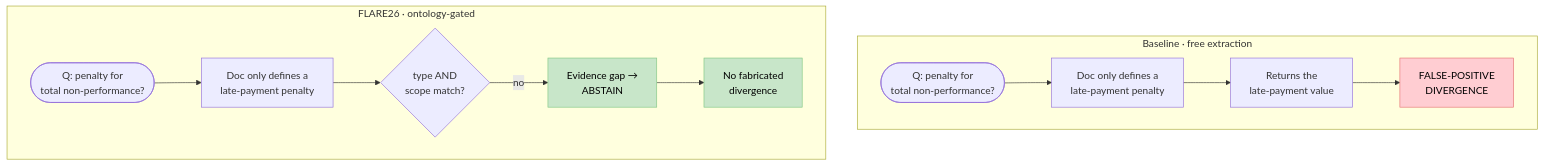
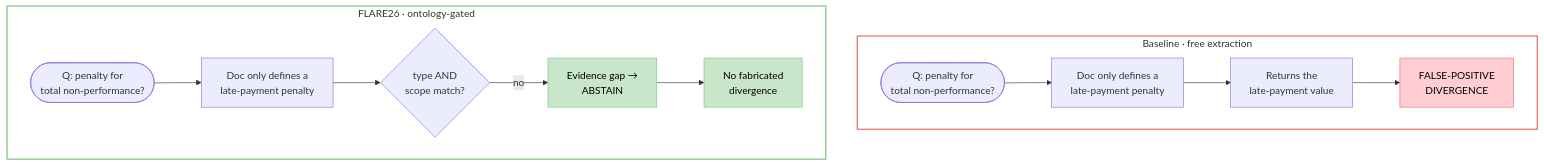
Before and after one commit to marcospaula/FLARE26-P1: the second of 3 diagrams in README.md, drawn with Mermaid.

Commit message:
docs(readme): dark mode do grafo baseline-vs-FLARE (containers transparentes)
Os subgraphs usavam o cinza pesado do tema escuro do Mermaid. Agora
fill:transparent + borda semântica (Baseline=vermelho/alucina, FLARE=verde/
abstém). Some o fundo cinza e reforça o contraste da narrativa.

````diff
--- a/README.md
+++ b/README.md
@@ -103,20 +103,24 @@
 ```mermaid
 flowchart TB
     subgraph BASE["Baseline · free extraction"]
         direction LR
         QB([Q: penalty for<br/>total non-performance?]) --> EB["Doc only defines a<br/>late-payment penalty"]
         EB --> AB["Returns the<br/>late-payment value"]
         AB --> DB["FALSE-POSITIVE<br/>DIVERGENCE"]
     end
     subgraph FLARE["FLARE26 · ontology-gated"]
         direction LR
         QF([Q: penalty for<br/>total non-performance?]) --> EF["Doc only defines a<br/>late-payment penalty"]
         EF --> GF{"type AND<br/>scope match?"}
         GF -- no --> AF["Evidence gap →<br/>ABSTAIN"]
         AF --> DF["No fabricated<br/>divergence"]
     end
     classDef bad fill:#ffcdd2,stroke:#e57373,color:#000;
     classDef good fill:#c8e6c9,stroke:#81c784,color:#000;
     class DB bad;
     class AF,DF good;
+
+    %% containers transparentes (dark-mode safe); borda vermelha = caminho que alucina, verde = caminho que se abstém
+    style BASE fill:transparent,stroke:#e57373,stroke-width:2px
+    style FLARE fill:transparent,stroke:#81c784,stroke-width:2px
 ```
````
